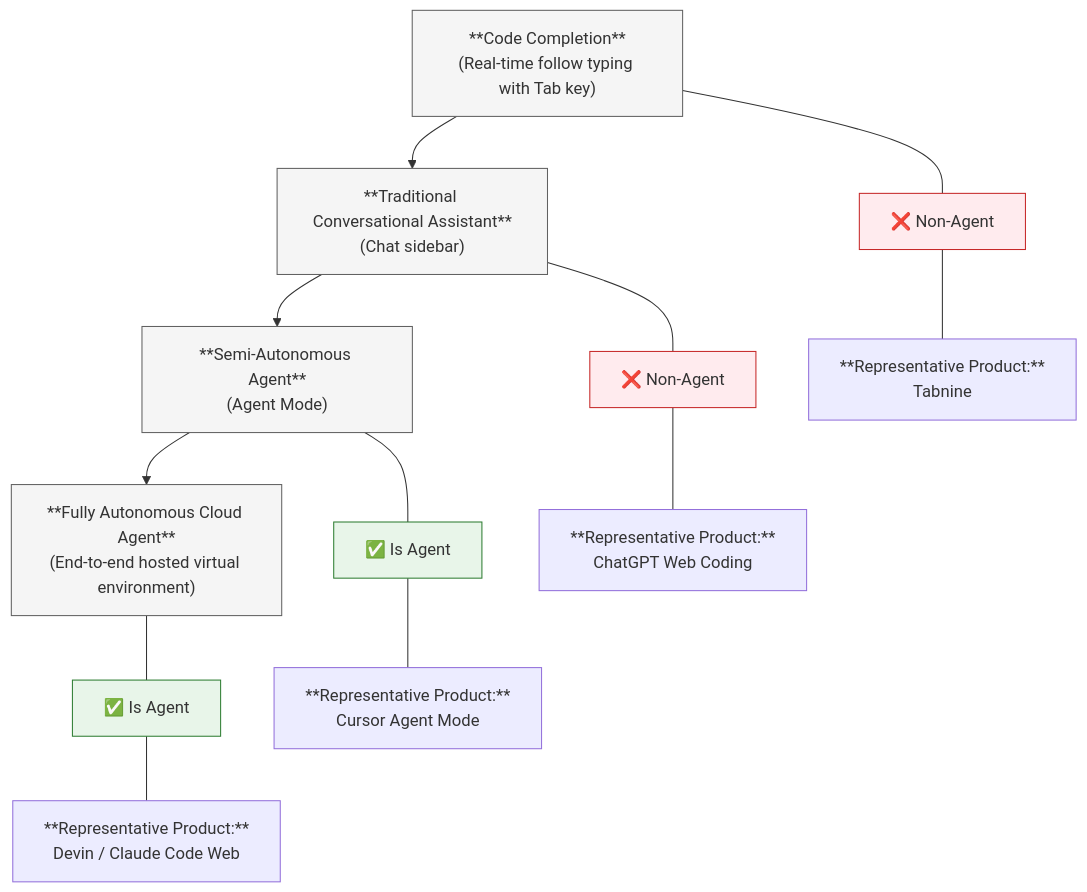
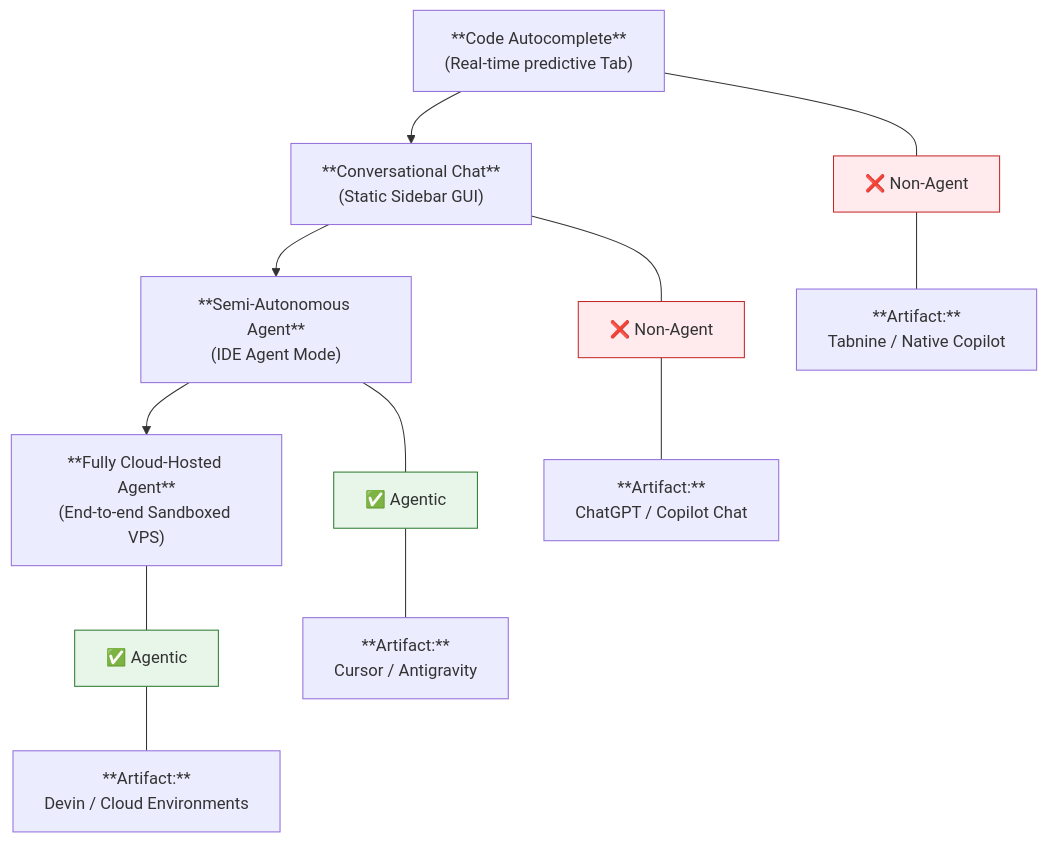
Before and after one commit to ruanqizhen/cocode: the first of 2 diagrams in i18n/en/docusaurus-plugin-content-docs/current/tools.md, drawn with Mermaid. The commit also changed other lines of this file and 41 other files, not shown here.

````diff
--- a/i18n/en/docusaurus-plugin-content-docs/current/tools.md
+++ b/i18n/en/docusaurus-plugin-content-docs/current/tools.md
@@ -91,40 +88,32 @@
 ```mermaid
 flowchart TD
-    %% Layer 1: Tool Classification and Interaction Mode (Horizontal Evolution Spectrum)
-    A1["**Code Completion**<br>(Real-time follow typing with Tab key)"]
-    B1["**Traditional Conversational Assistant**<br>(Chat sidebar)"]
-    C1["**Semi-Autonomous Agent**<br>(Agent Mode)"]
-    D1["**Fully Autonomous Cloud Agent**<br>(End-to-end hosted virtual environment)"]
+    %% Automation Vectors
+    A1["**Code Autocomplete**<br>(Real-time predictive Tab)"]
+    B1["**Conversational Chat**<br>(Static Sidebar GUI)"]
+    C1["**Semi-Autonomous Agent**<br>(IDE Agent Mode)"]
+    D1["**Fully Cloud-Hosted Agent**<br>(End-to-end Sandboxed VPS)"]
     
-    %% Horizontal Spectrum Connections
     A1 --> B1 --> C1 --> D1
     
-    %% Layer 2: Agent Determination Attributes
+    %% Architectural State
     A2["❌ Non-Agent"]
     B2["❌ Non-Agent"]
-    C2["✅ Is Agent"]
-    D2["✅ Is Agent"]
+    C2["✅ Agentic"]
+    D2["✅ Agentic"]
     
-    %% Layer 3: Representative Products
-    A3["**Representative Product:**<br>Tabnine"]
-    B3["**Representative Product:**<br>ChatGPT Web Coding"]
-    C3["**Representative Product:**<br>Cursor Agent Mode"]
-    D3["**Representative Product:**<br>Devin / Claude Code Web"]
+    %% Tool Artifacts
+    A3["**Artifact:**<br>Tabnine / Native Copilot"]
+    B3["**Artifact:**<br>ChatGPT / Copilot Chat"]
+    C3["**Artifact:**<br>Cursor / Antigravity"]
+    D3["**Artifact:**<br>Devin / Cloud Environments"]
     
-    %% Vertical Hierarchical Relationship Binding
     A1 --- A2 --- A3
     B1 --- B2 --- B3
     C1 --- C2 --- C3
     D1 --- D2 --- D3
     
-    %% Visual Style Refinement
     style A2 fill:#ffebee,stroke:#c62828,stroke-width:1px
     style B2 fill:#ffebee,stroke:#c62828,stroke-width:1px
     style C2 fill:#e8f5e9,stroke:#2e7d32,stroke-width:1px
     style D2 fill:#e8f5e9,stroke:#2e7d32,stroke-width:1px
-    
-    style A1 fill:#f5f5f5,stroke:#616161
-    style B1 fill:#f5f5f5,stroke:#616161
-    style C1 fill:#f5f5f5,stroke:#616161
-    style D1 fill:#f5f5f5,stroke:#616161
 ```
````
